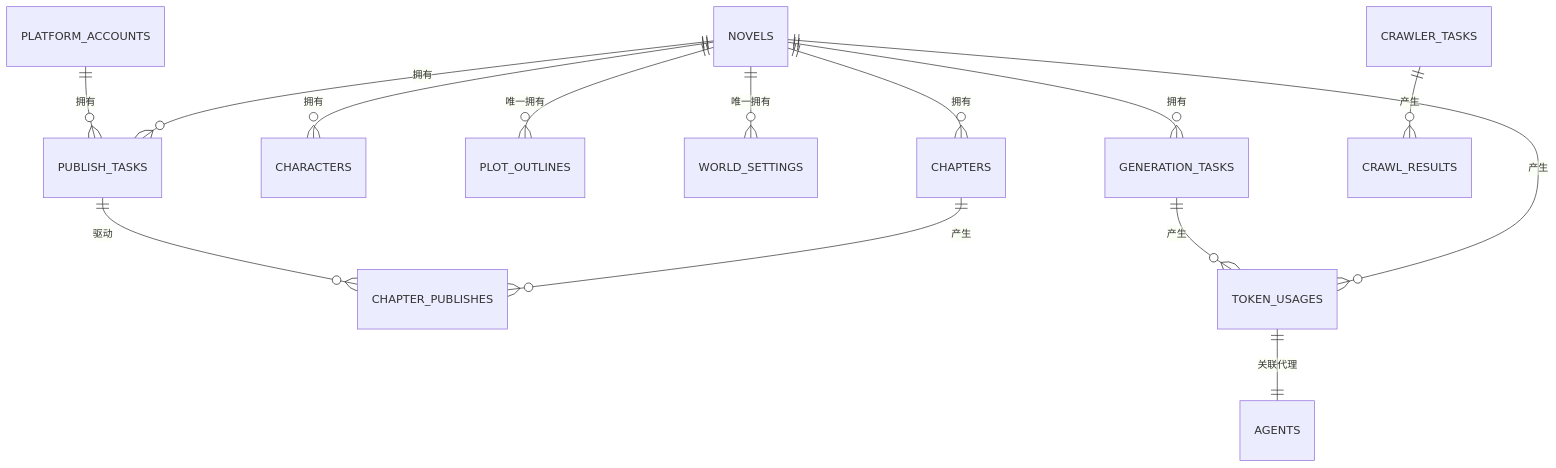
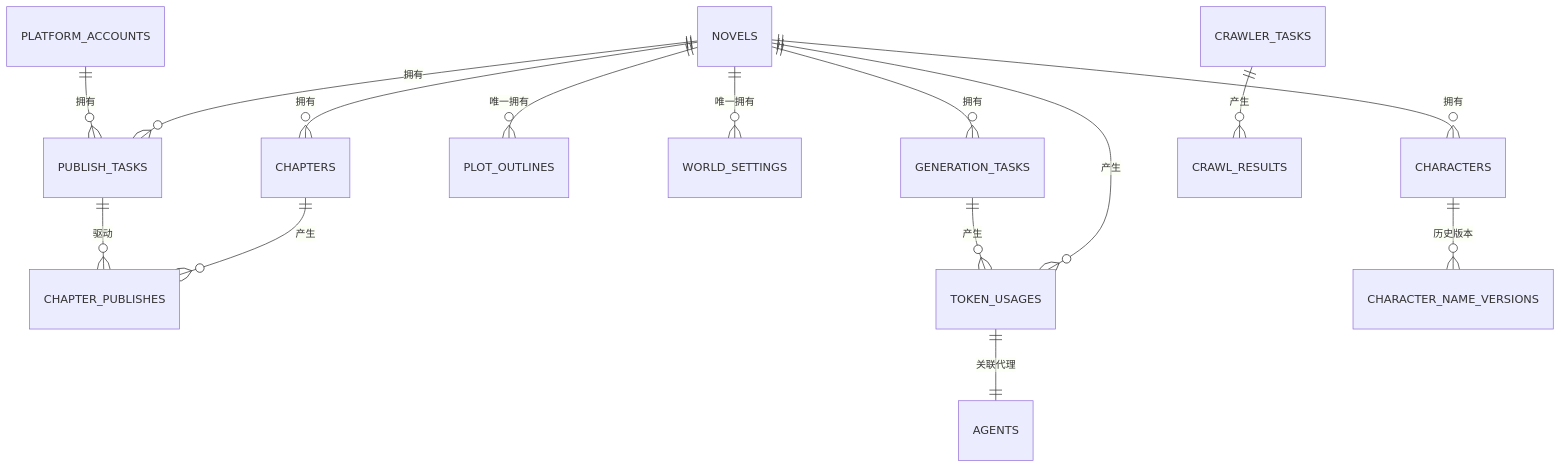
The fourth of 7 diagrams in .qoder/repowiki/zh/content/部署与运维/数据库管理与迁移.md (xfbyxq/ai-novel-system), drawn with Mermaid before and after one commit. The commit also changed other lines of this file and 8 other files, not shown here.

````diff
--- a/.qoder/repowiki/zh/content/部署与运维/数据库管理与迁移.md
+++ b/.qoder/repowiki/zh/content/部署与运维/数据库管理与迁移.md
@@ -199,16 +223,17 @@
 ```mermaid
 erDiagram
 NOVELS ||--o{ CHAPTERS : "拥有"
 NOVELS ||--o{ CHARACTERS : "拥有"
 NOVELS ||--o{ PLOT_OUTLINES : "唯一拥有"
 NOVELS ||--o{ WORLD_SETTINGS : "唯一拥有"
 NOVELS ||--o{ GENERATION_TASKS : "拥有"
 NOVELS ||--o{ PUBLISH_TASKS : "拥有"
 PLATFORM_ACCOUNTS ||--o{ PUBLISH_TASKS : "拥有"
 CHAPTERS ||--o{ CHAPTER_PUBLISHES : "产生"
 PUBLISH_TASKS ||--o{ CHAPTER_PUBLISHES : "驱动"
 CRAWLER_TASKS ||--o{ CRAWL_RESULTS : "产生"
 NOVELS ||--o{ TOKEN_USAGES : "产生"
 GENERATION_TASKS ||--o{ TOKEN_USAGES : "产生"
 TOKEN_USAGES ||--|| AGENTS : "关联代理"
+CHARACTERS ||--o{ CHARACTER_NAME_VERSIONS : "历史版本"
 ```
````
